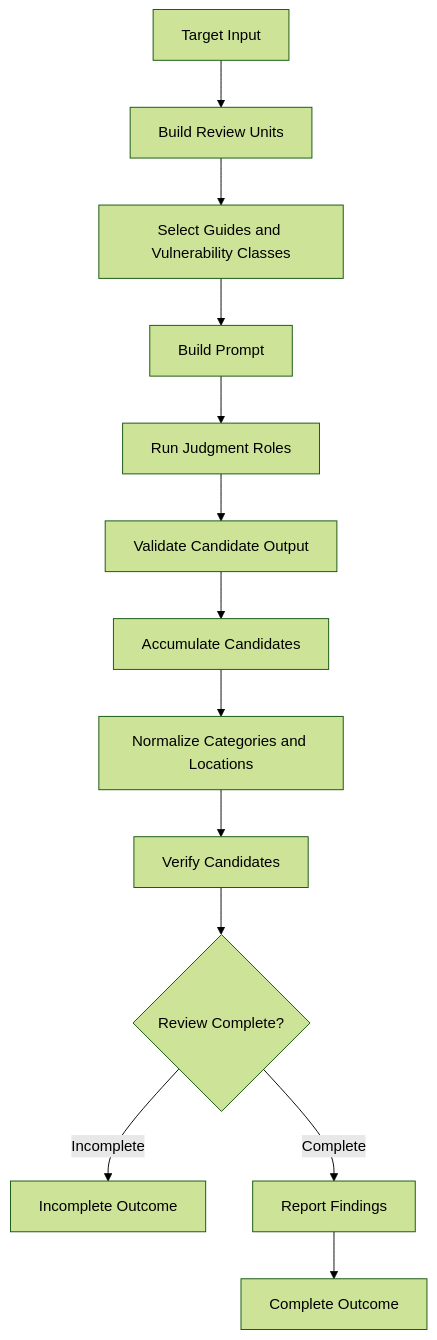
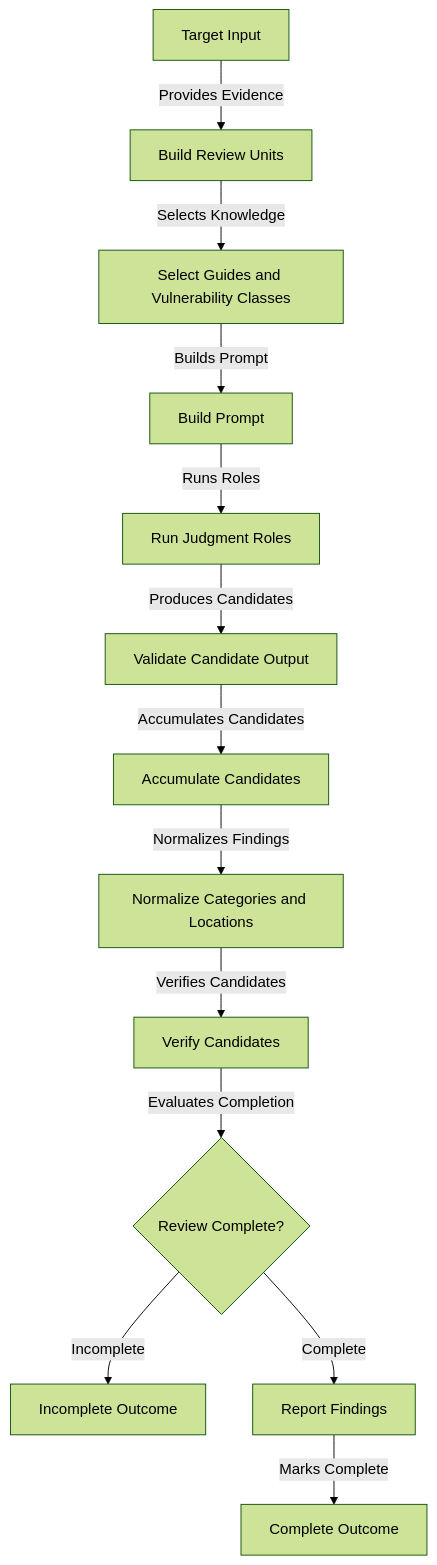
One commit to eth4nr00t/cyberjury changed the first of 3 diagrams in docs/engine-design.md. Above: the diagram before and after it, drawn with Mermaid (forest theme). The commit also changed other lines of this file and 2 other files, not shown here.

Commit message:
docs: align design and knowledge checklist guidance

````diff
--- a/docs/engine-design.md
+++ b/docs/engine-design.md
@@ -80,15 +80,15 @@
 ```mermaid
 flowchart TD
-    A[Target Input] --> B[Build Review Units]
-    B --> C[Select Guides and Vulnerability Classes]
-    C --> D[Build Prompt]
-    D --> E[Run Judgment Roles]
-    E --> F[Validate Candidate Output]
-    F --> G[Accumulate Candidates]
-    G --> H[Normalize Categories and Locations]
-    H --> I[Verify Candidates]
-    I --> J{Review Complete?}
+    A[Target Input] -- Provides Evidence --> B[Build Review Units]
+    B -- Selects Knowledge --> C[Select Guides and Vulnerability Classes]
+    C -- Builds Prompt --> D[Build Prompt]
+    D -- Runs Roles --> E[Run Judgment Roles]
+    E -- Produces Candidates --> F[Validate Candidate Output]
+    F -- Accumulates Candidates --> G[Accumulate Candidates]
+    G -- Normalizes Findings --> H[Normalize Categories and Locations]
+    H -- Verifies Candidates --> I[Verify Candidates]
+    I -- Evaluates Completion --> J{Review Complete?}
     J -- Incomplete --> K[Incomplete Outcome]
     J -- Complete --> L[Report Findings]
-    L --> M[Complete Outcome]
+    L -- Marks Complete --> M[Complete Outcome]
 ```
````
